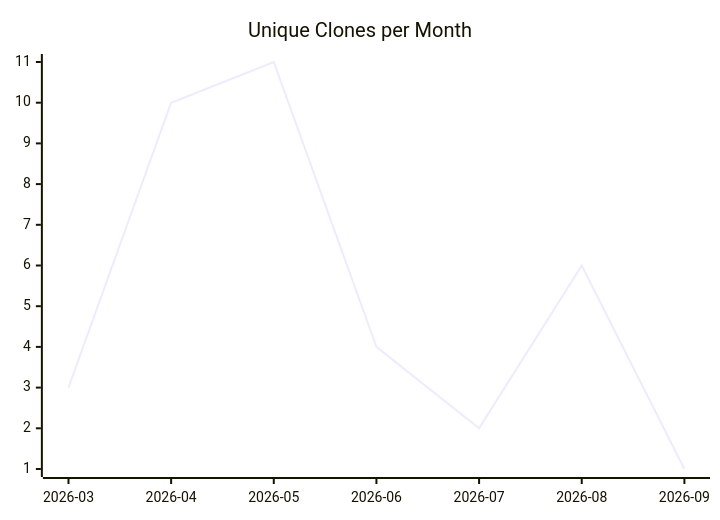
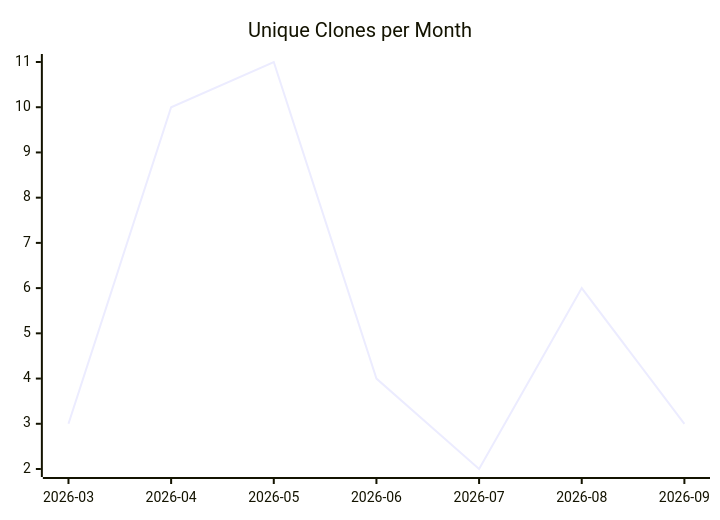
Before and after one commit to justdavis-family/github-analytics-data: the third of 3 diagrams in karlmdavis/bbonfhir-dev-infra-docker/README.md, drawn with Mermaid. The commit also changed other lines of this file and 193 other files, not shown here.

````diff
--- a/karlmdavis/bbonfhir-dev-infra-docker/README.md
+++ b/karlmdavis/bbonfhir-dev-infra-docker/README.md
@@ -19,6 +19,6 @@
 ```mermaid
 xychart-beta
   title "Unique Clones per Month"
   x-axis ["2026-03", "2026-04", "2026-05", "2026-06", "2026-07", "2026-08", "2026-09"]
-  line [3, 10, 11, 4, 2, 6, 1]
+  line [3, 10, 11, 4, 2, 6, 3]
 ```
````
